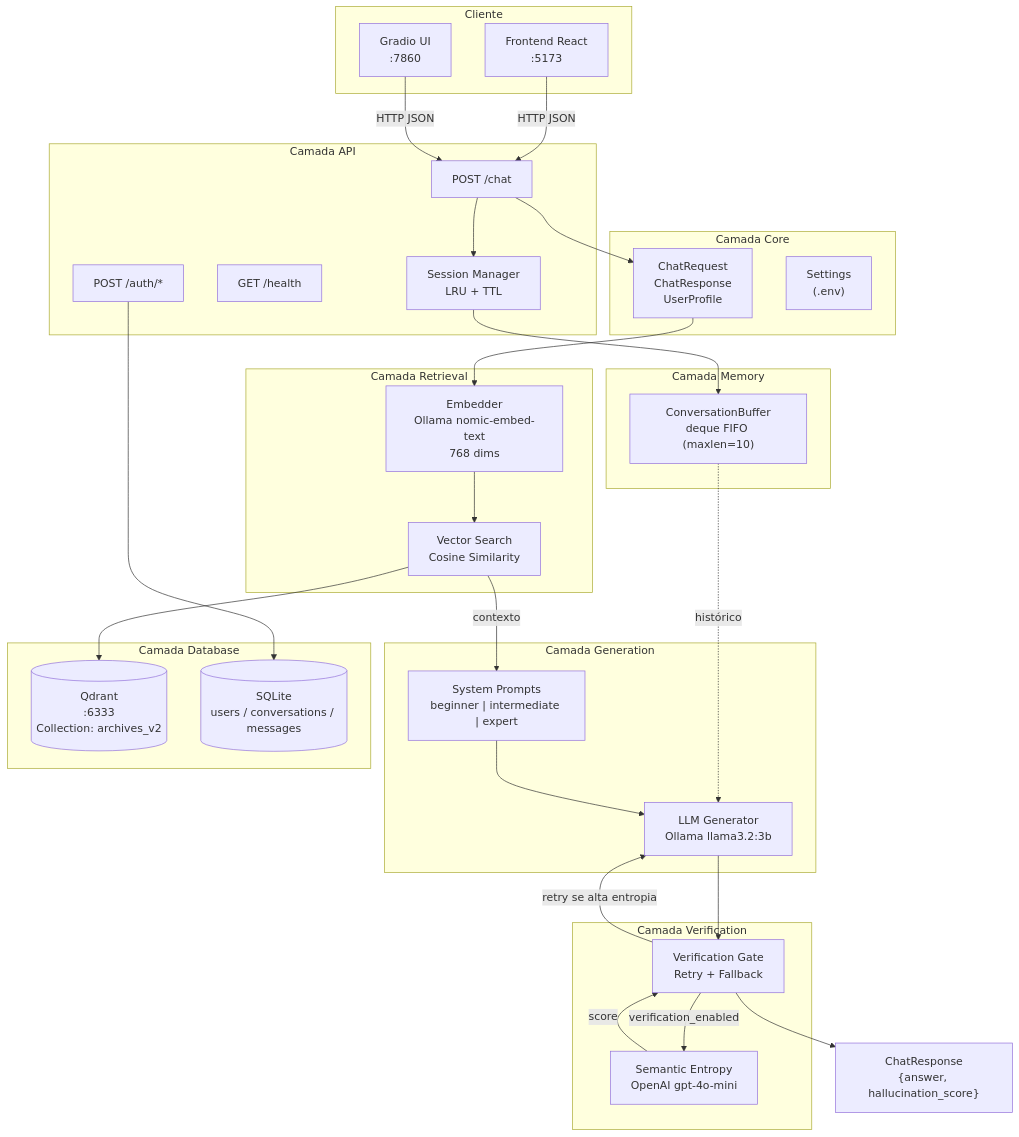
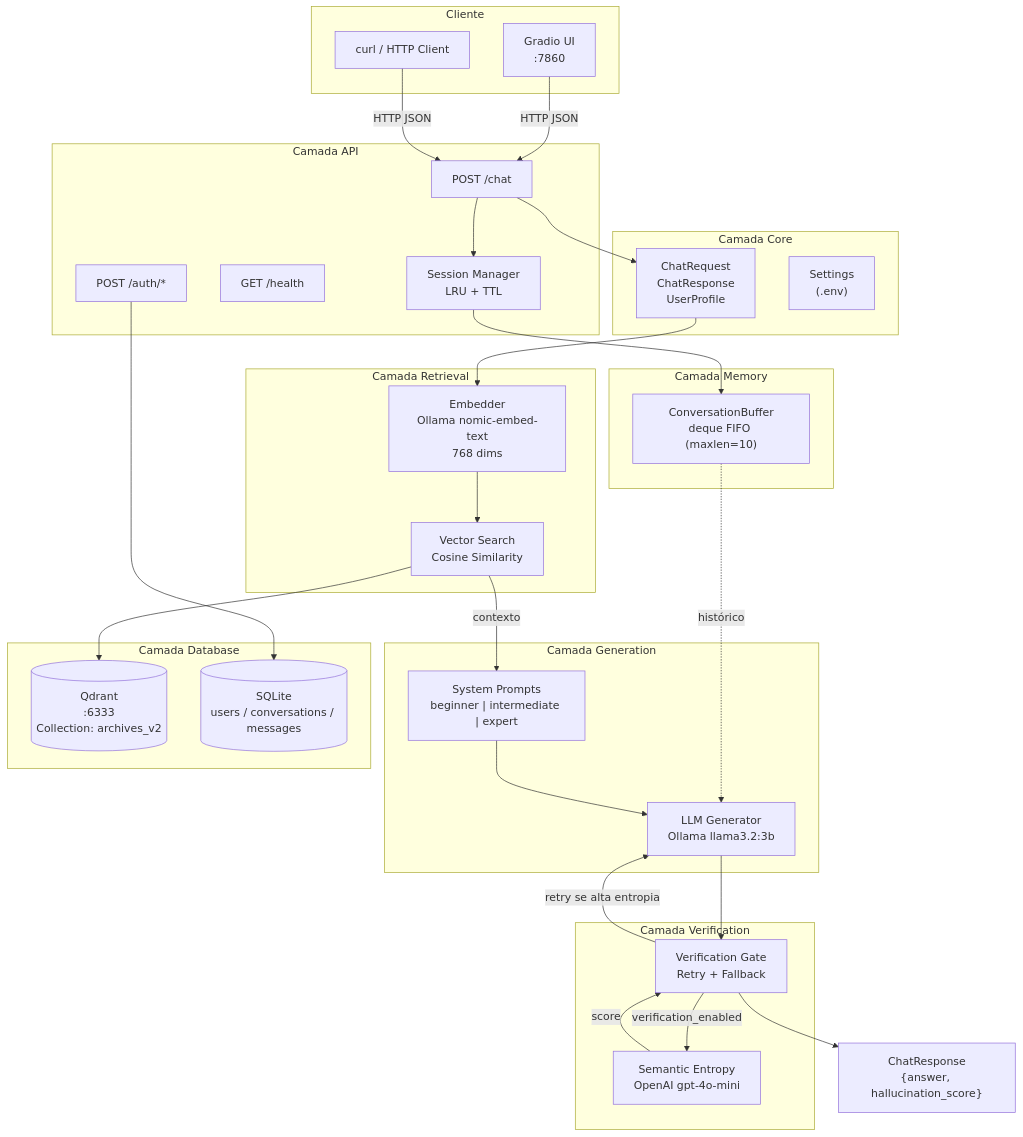
Before and after one commit to LukeSantossz/sb100_agents: the first of 6 diagrams in ARCHITECTURE.md, drawn with Mermaid. The commit also changed other lines of this file and 11 other files, not shown here.

````diff
--- a/ARCHITECTURE.md
+++ b/ARCHITECTURE.md
@@ -28,67 +28,67 @@
 ```mermaid
 flowchart TD
     subgraph CLIENT["Cliente"]
-        REACT["Frontend React\n:5173"]
         GRADIO["Gradio UI\n:7860"]
+        CURL["curl / HTTP Client"]
     end
 
     subgraph API["Camada API"]
         ENDPOINT["POST /chat"]
         AUTH["POST /auth/*"]
         HEALTH["GET /health"]
         SESSION["Session Manager\nLRU + TTL"]
     end
 
     subgraph CORE["Camada Core"]
         SCHEMA["ChatRequest\nChatResponse\nUserProfile"]
         CONFIG["Settings\n(.env)"]
     end
 
     subgraph MEMORY["Camada Memory"]
         BUFFER["ConversationBuffer\ndeque FIFO (maxlen=10)"]
     end
 
     subgraph RETRIEVAL["Camada Retrieval"]
         EMBED["Embedder\nOllama nomic-embed-text\n768 dims"]
         SEARCH["Vector Search\nCosine Similarity"]
     end
 
     subgraph GENERATION["Camada Generation"]
         LLM["LLM Generator\nOllama llama3.2:3b"]
         PROMPT["System Prompts\nbeginner | intermediate | expert"]
     end
 
     subgraph VERIFICATION["Camada Verification"]
         ENTROPY["Semantic Entropy\nOpenAI gpt-4o-mini"]
         GATE["Verification Gate\nRetry + Fallback"]
     end
 
     subgraph DATABASE["Camada Database"]
         QDRANT[("Qdrant\n:6333\nCollection: archives_v2")]
         SQLITE[("SQLite\nusers / conversations / messages")]
     end
 
-    REACT -->|HTTP JSON| ENDPOINT
     GRADIO -->|HTTP JSON| ENDPOINT
+    CURL -->|HTTP JSON| ENDPOINT
 
     ENDPOINT --> SESSION
     SESSION --> BUFFER
     ENDPOINT --> SCHEMA
 
     SCHEMA --> EMBED
     EMBED --> SEARCH
     SEARCH --> QDRANT
 
     BUFFER -.->|histórico| LLM
     SEARCH -->|contexto| PROMPT
     PROMPT --> LLM
 
     LLM --> GATE
     GATE -->|verification_enabled| ENTROPY
     ENTROPY -->|score| GATE
     GATE -->|retry se alta entropia| LLM
 
     GATE --> RESPONSE["ChatResponse\n{answer, hallucination_score}"]
 
     AUTH --> SQLITE
 ```
````
